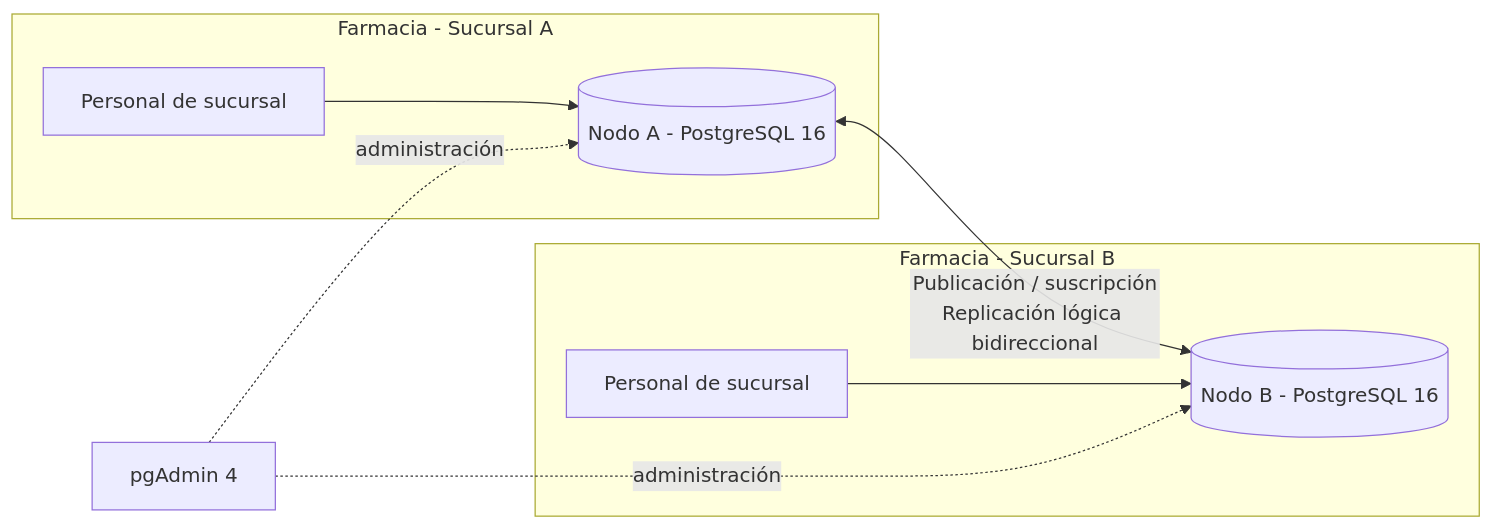
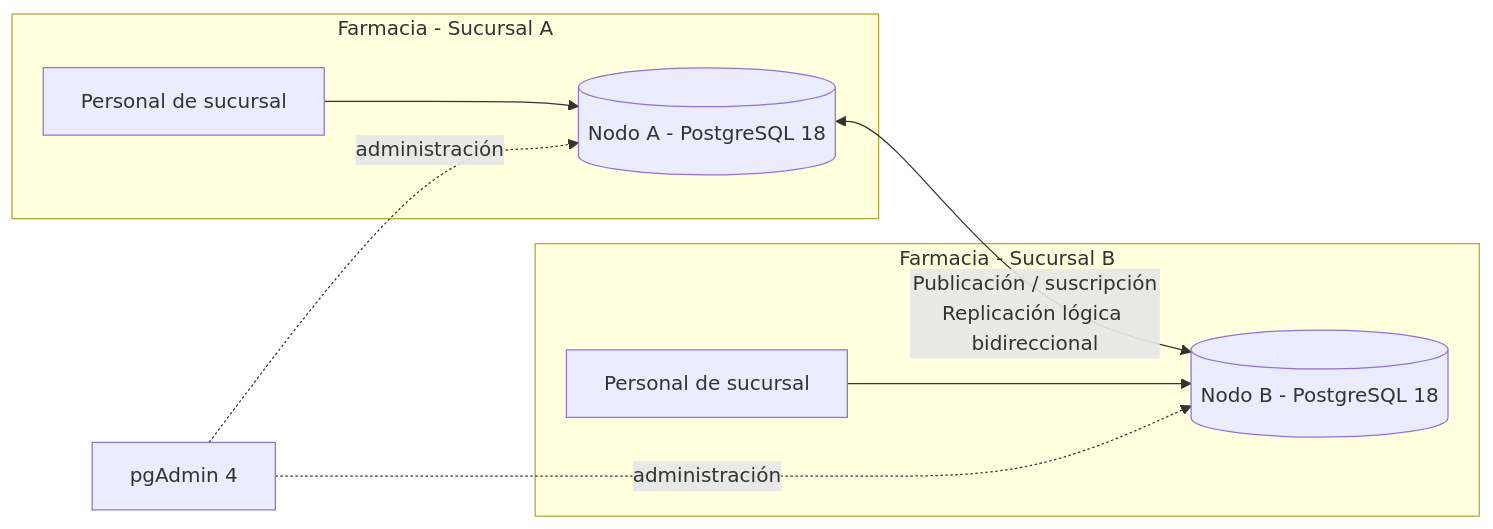
One commit to TONITO517/iti-replicacion-farmacia-postgresql changed the diagram in informe/informe_tecnico.md. Above: the diagram before and after it, drawn with Mermaid. The commit also changed other lines of this file and 21 other files, not shown here.

Commit message:
Implementa nodos locales PostgreSQL 18 y pruebas

````diff
--- a/informe/informe_tecnico.md
+++ b/informe/informe_tecnico.md
@@ -63,16 +63,16 @@
 ```mermaid
 flowchart LR
   subgraph A[Farmacia - Sucursal A]
     UA[Personal de sucursal]
-    NA[(Nodo A - PostgreSQL 16)]
+    NA[(Nodo A - PostgreSQL 18)]
     UA --> NA
   end
   subgraph B[Farmacia - Sucursal B]
     UB[Personal de sucursal]
-    NB[(Nodo B - PostgreSQL 16)]
+    NB[(Nodo B - PostgreSQL 18)]
     UB --> NB
   end
   NA <-->|Publicación / suscripción\nReplicación lógica bidireccional| NB
   PA[pgAdmin 4] -. administración .-> NA
   PA -. administración .-> NB
 ```
````
